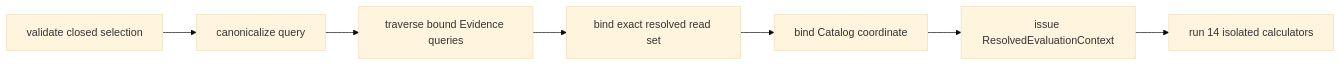
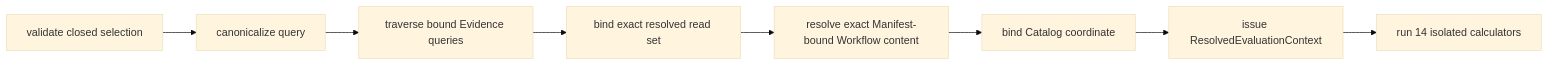
The second of 2 diagrams in docs/systems/evolution/evolution-system.md (firestige/workflow-self-recursive), drawn with Mermaid (base theme) before and after one commit. The commit also changed other lines of this file and 24 other files, not shown here.

````diff
--- a/docs/systems/evolution/evolution-system.md
+++ b/docs/systems/evolution/evolution-system.md
@@ -79,9 +94,10 @@
 ```mermaid
 flowchart LR
     V["validate closed selection"] --> C["canonicalize query"]
     C --> S["traverse bound Evidence queries"]
     S --> P["bind exact resolved read set"]
-    P --> K["bind Catalog coordinate"]
+    P --> W["resolve exact Manifest-bound Workflow content"]
+    W --> K["bind Catalog coordinate"]
     K --> R["issue ResolvedEvaluationContext"]
     R --> M["run 14 isolated calculators"]
 ```
````
